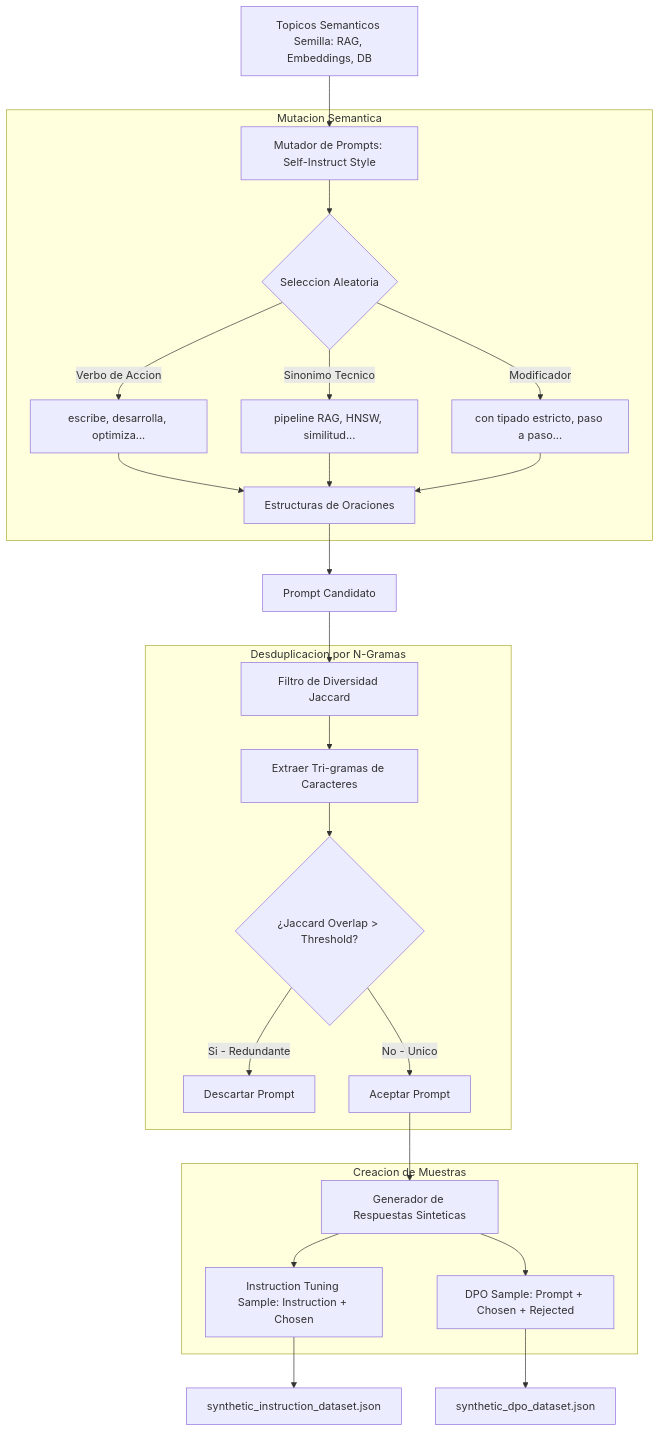
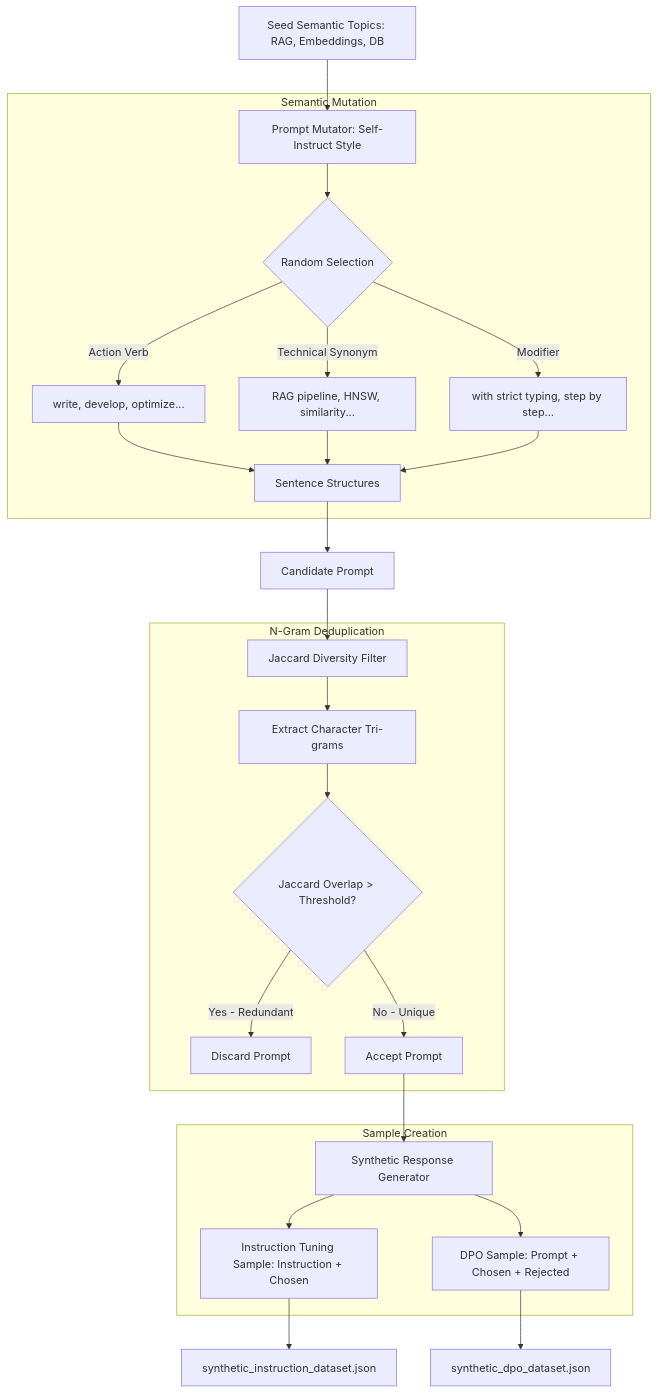
The diagram in README.md (juanmmm21/synthetic-data-generator), drawn with Mermaid before and after one commit. The commit also changed other lines of this file, not shown here.

````diff
--- a/README.md
+++ b/README.md
@@ -11,32 +11,32 @@
 ```mermaid
 flowchart TD
-    Topics[Topicos Semanticos Semilla: RAG, Embeddings, DB] --> Mutator[Mutador de Prompts: Self-Instruct Style]
+    Topics[Seed Semantic Topics: RAG, Embeddings, DB] --> Mutator[Prompt Mutator: Self-Instruct Style]
     
-    subgraph Mutacion Semantica
-        Mutator --> Choice{Seleccion Aleatoria}
-        Choice -->|Verbo de Accion| Verbs[escribe, desarrolla, optimiza...]
-        Choice -->|Sinonimo Tecnico| Syns[pipeline RAG, HNSW, similitud...]
-        Choice -->|Modificador| Mods[con tipado estricto, paso a paso...]
-        Verbs & Syns & Mods --> Concat[Estructuras de Oraciones]
+    subgraph Semantic Mutation
+        Mutator --> Choice{Random Selection}
+        Choice -->|Action Verb| Verbs[write, develop, optimize...]
+        Choice -->|Technical Synonym| Syns[RAG pipeline, HNSW, similarity...]
+        Choice -->|Modifier| Mods[with strict typing, step by step...]
+        Verbs & Syns & Mods --> Concat[Sentence Structures]
     end
     
-    Concat --> CandidatePrompt[Prompt Candidato]
-    CandidatePrompt --> DedupFilter[Filtro de Diversidad Jaccard]
+    Concat --> CandidatePrompt[Candidate Prompt]
+    CandidatePrompt --> DedupFilter[Jaccard Diversity Filter]
     
-    subgraph Desduplicacion por N-Gramas
-        DedupFilter --> TriGram[Extraer Tri-gramas de Caracteres]
-        TriGram --> Overlap{¿Jaccard Overlap > Threshold?}
-        Overlap -->|Si - Redundante| Reject[Descartar Prompt]
-        Overlap -->|No - Unico| Accept[Aceptar Prompt]
+    subgraph N-Gram Deduplication
+        DedupFilter --> TriGram[Extract Character Tri-grams]
+        TriGram --> Overlap{Jaccard Overlap > Threshold?}
+        Overlap -->|Yes - Redundant| Reject[Discard Prompt]
+        Overlap -->|No - Unique| Accept[Accept Prompt]
     end
     
-    Accept --> OutputGen[Generador de Respuestas Sinteticas]
+    Accept --> OutputGen[Synthetic Response Generator]
     
-    subgraph Creacion de Muestras
+    subgraph Sample Creation
         OutputGen --> SFT[Instruction Tuning Sample: Instruction + Chosen]
         OutputGen --> DPO[DPO Sample: Prompt + Chosen + Rejected]
     end
     
     SFT --> SFTFile[synthetic_instruction_dataset.json]
     DPO --> DPOFile[synthetic_dpo_dataset.json]
 ```
````
